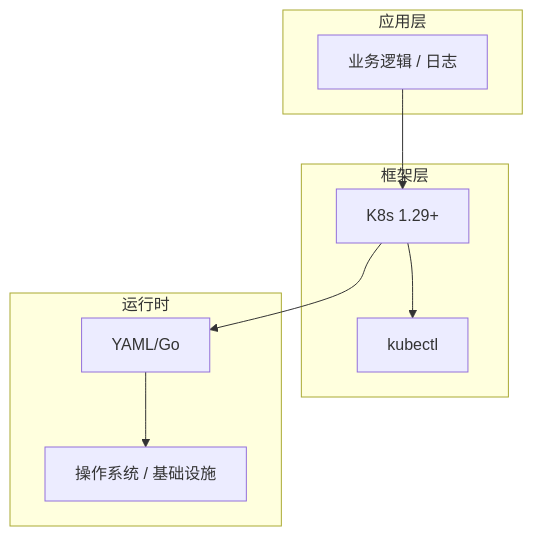
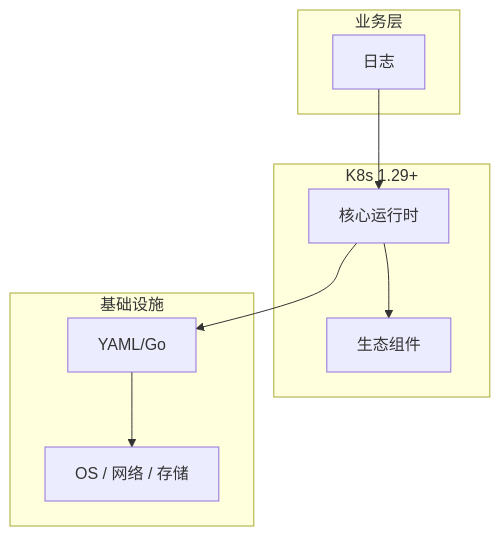
One commit to yanggan2015/knowledge-json-v2 changed the diagram in articles/Kubernetes/chapters/169-日志核心概念与原理.md. Above: the diagram before and after it, drawn with Mermaid. The commit also changed other lines of this file and 10127 other files, not shown here.

````diff
--- a/articles/Kubernetes/chapters/169-日志核心概念与原理.md
+++ b/articles/Kubernetes/chapters/169-日志核心概念与原理.md
@@ -45,18 +34,18 @@
 ```mermaid
 graph TB
-    subgraph 应用层
-        A[业务逻辑 / 日志]
+    subgraph 业务层
+        A[日志]
     end
-    subgraph 框架层
-        B[K8s 1.29+]
-        C[kubectl]
+    subgraph K8s 1.29+
+        B[核心运行时]
+        C[生态组件]
     end
-    subgraph 运行时
+    subgraph 基础设施
         D[YAML/Go]
-        E[操作系统 / 基础设施]
+        E[OS / 网络 / 存储]
     end
     A --> B
     B --> C
     B --> D
     D --> E
 ```
````
